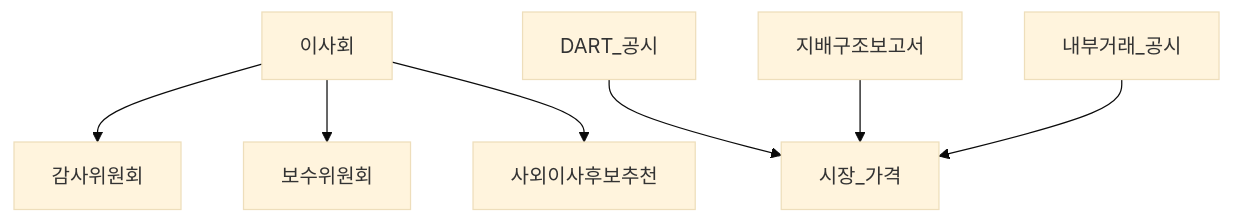
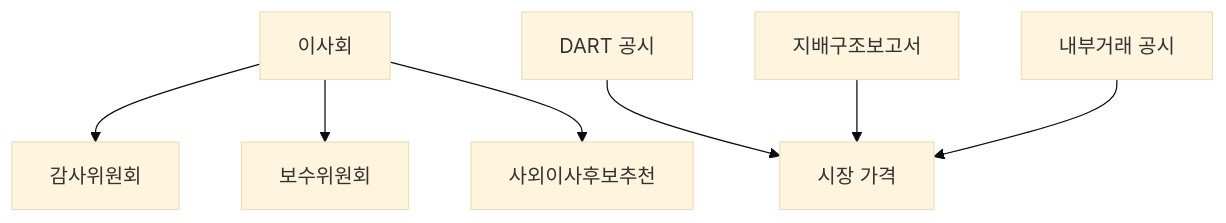
One commit to goldanghenry/Finances changed the fourth of 4 diagrams in 03-markets/corporate-governance-minority.md. Above: the diagram before and after it, drawn with Mermaid (base theme). The commit also changed other lines of this file and 211 other files, not shown here.

````diff
--- a/03-markets/corporate-governance-minority.md
+++ b/03-markets/corporate-governance-minority.md
@@ -160,9 +168,9 @@
 ```mermaid
 flowchart TD
   BOD[이사회] --> AUD[감사위원회]
   BOD --> COMP[보수위원회]
   BOD --> NOM[사외이사후보추천]
-  DART[DART_공시] --> MKT[시장_가격]
+  DART["DART 공시"] --> MKT["시장 가격"]
   RPT[지배구조보고서] --> MKT
-  IPT[내부거래_공시] --> MKT
+  IPT["내부거래 공시"] --> MKT
 ```
````
